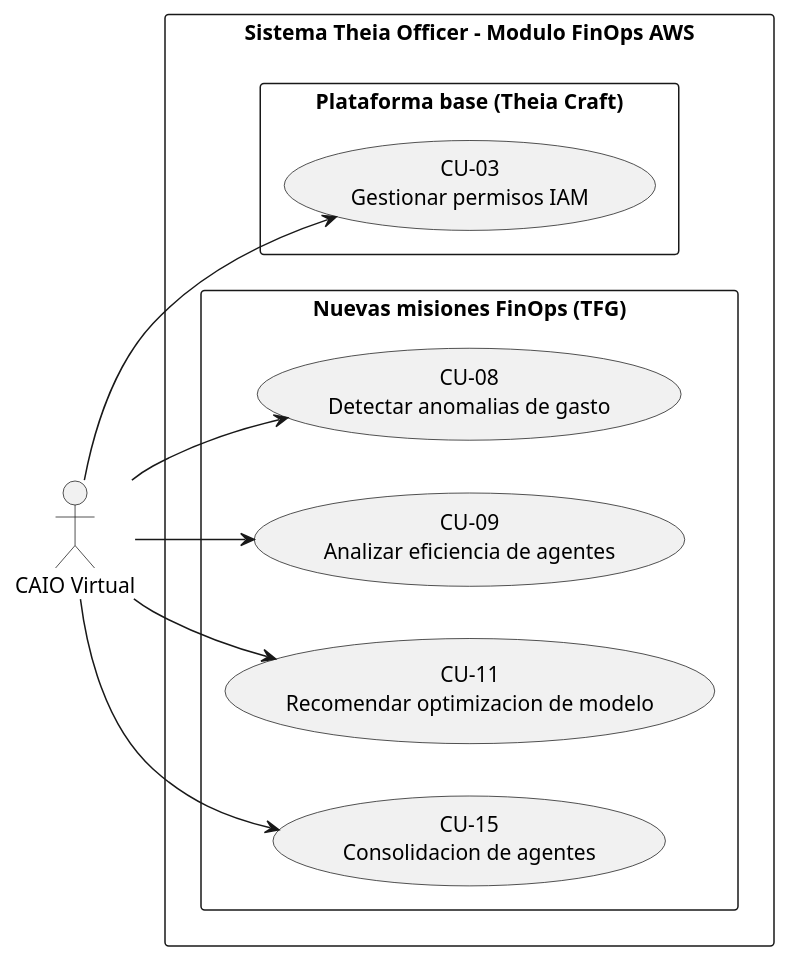
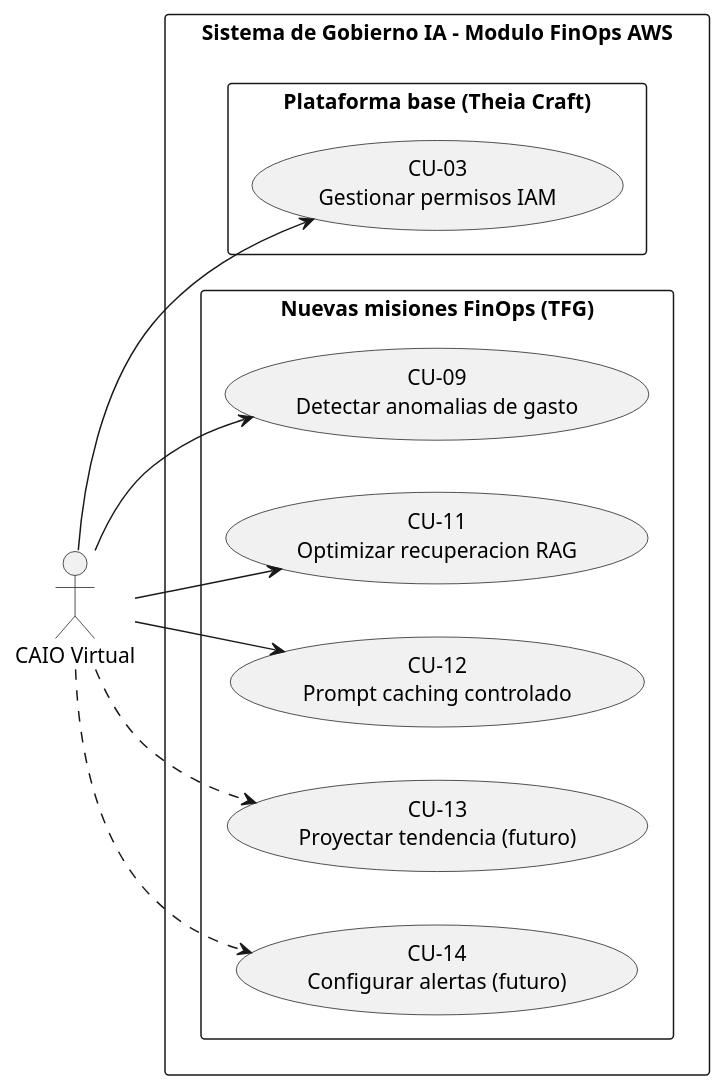
Before and after one commit to JoseSalceda/TFG: the diagram in Capítulos/Capítulo 2/CdU/CAIOVirtual/CAIOVirtual.puml, drawn with PlantUML. The commit also changed 103 other files, not shown here.

```diff
--- a/Capítulos/Capítulo 2/CdU/CAIOVirtual/CAIOVirtual.puml
+++ b/Capítulos/Capítulo 2/CdU/CAIOVirtual/CAIOVirtual.puml
@@ -1,25 +1,27 @@
 @startuml CAIOVirtual
 left to right direction
 skinparam packageStyle rectangle
 
 actor "CAIO Virtual" as CAIO
 
-rectangle "Sistema Theia Officer - Modulo FinOps AWS" {
+rectangle "Sistema de Gobierno IA - Modulo FinOps AWS" {
   rectangle "Plataforma base (Theia Craft)" {
     usecase "CU-03\nGestionar permisos IAM" as CU03
   }
   rectangle "Nuevas misiones FinOps (TFG)" {
-    usecase "CU-08\nDetectar anomalias de gasto" as CU08
-    usecase "CU-09\nAnalizar eficiencia de agentes" as CU09
-    usecase "CU-11\nRecomendar optimizacion de modelo" as CU11
-    usecase "CU-15\nConsolidacion de agentes" as CU15
+    usecase "CU-09\nDetectar anomalias de gasto" as CU09
+    usecase "CU-11\nOptimizar recuperacion RAG" as CU11
+    usecase "CU-12\nPrompt caching controlado" as CU12
+    usecase "CU-13\nProyectar tendencia (futuro)" as CU13
+    usecase "CU-14\nConfigurar alertas (futuro)" as CU14
   }
 }
 
 CAIO --> CU03
-CAIO --> CU08
 CAIO --> CU09
 CAIO --> CU11
-CAIO --> CU15
+CAIO --> CU12
+CAIO ..> CU13
+CAIO ..> CU14
 
 @enduml
```
